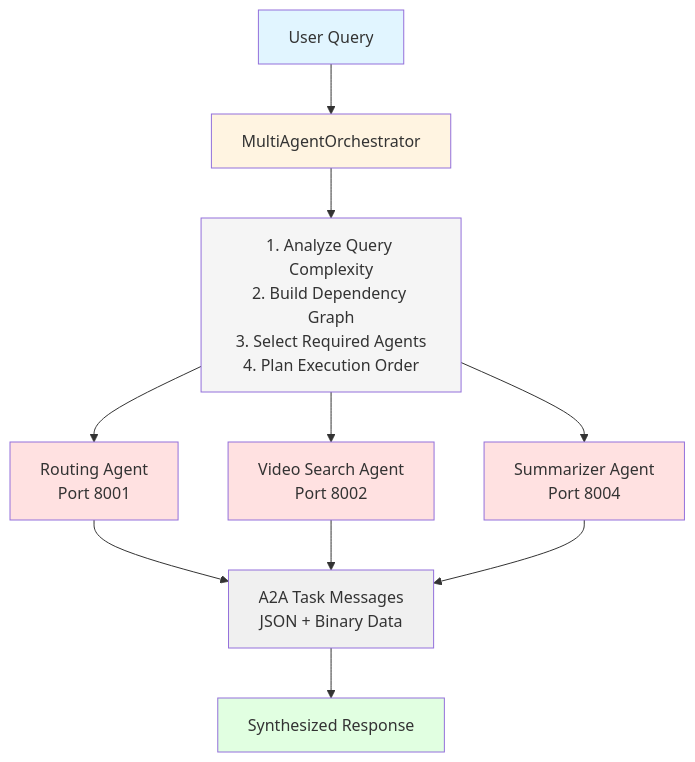
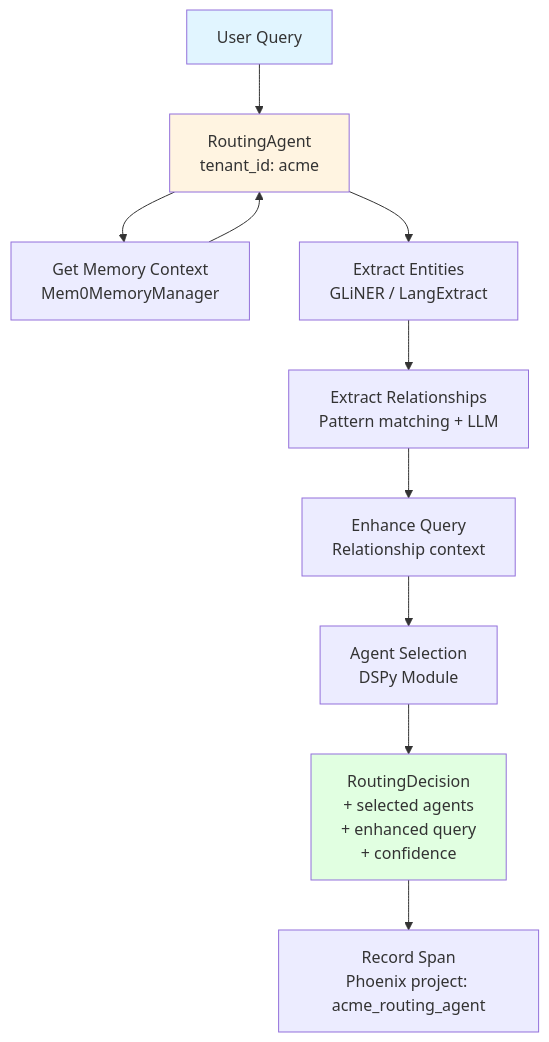
Before and after one commit to amit-jain/cogniverse: the first of 4 diagrams in docs/modules/agents.md, drawn with Mermaid. The commit also changed other lines of this file and 25 other files, not shown here.

````diff
--- a/docs/modules/agents.md
+++ b/docs/modules/agents.md
@@ -44,25 +94,19 @@
 ```mermaid
 graph TB
-    UserQuery[User Query] --> Orchestrator[MultiAgentOrchestrator]
+    Query[User Query] --> RoutingAgent[RoutingAgent<br/>tenant_id: acme]
 
-    Orchestrator --> Analysis[1. Analyze Query Complexity<br/>2. Build Dependency Graph<br/>3. Select Required Agents<br/>4. Plan Execution Order]
+    RoutingAgent --> Memory[Get Memory Context<br/>Mem0MemoryManager]
+    Memory --> RoutingAgent
 
-    Analysis --> RoutingAgent[Routing Agent<br/>Port 8001]
-    Analysis --> VideoAgent[Video Search Agent<br/>Port 8002]
-    Analysis --> SummarizerAgent[Summarizer Agent<br/>Port 8004]
+    RoutingAgent --> EntityExtract[Extract Entities<br/>GLiNER / LangExtract]
+    EntityExtract --> RelExtract[Extract Relationships<br/>Pattern matching + LLM]
+    RelExtract --> QueryEnhance[Enhance Query<br/>Relationship context]
+    QueryEnhance --> DSPyOptimize[Agent Selection<br/>DSPy Module]
+    DSPyOptimize --> Decision[RoutingDecision<br/>+ selected agents<br/>+ enhanced query<br/>+ confidence]
 
-    RoutingAgent --> A2A[A2A Task Messages<br/>JSON + Binary Data]
-    VideoAgent --> A2A
-    SummarizerAgent --> A2A
+    Decision --> Telemetry[Record Span<br/>Phoenix project: acme_routing_agent]
 
-    A2A --> Response[Synthesized Response]
-
-    style UserQuery fill:#e1f5ff
-    style Orchestrator fill:#fff4e1
-    style Analysis fill:#f5f5f5
-    style RoutingAgent fill:#ffe1e1
-    style VideoAgent fill:#ffe1e1
-    style SummarizerAgent fill:#ffe1e1
-    style A2A fill:#f0f0f0
-    style Response fill:#e1ffe1
+    style Query fill:#e1f5ff
+    style RoutingAgent fill:#fff4e1
+    style Decision fill:#e1ffe1
 ```
````
